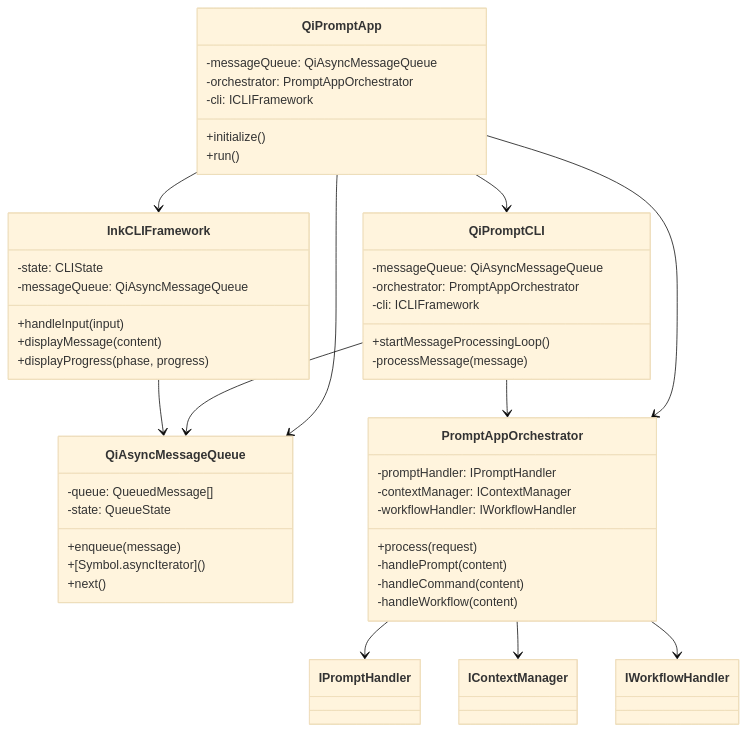
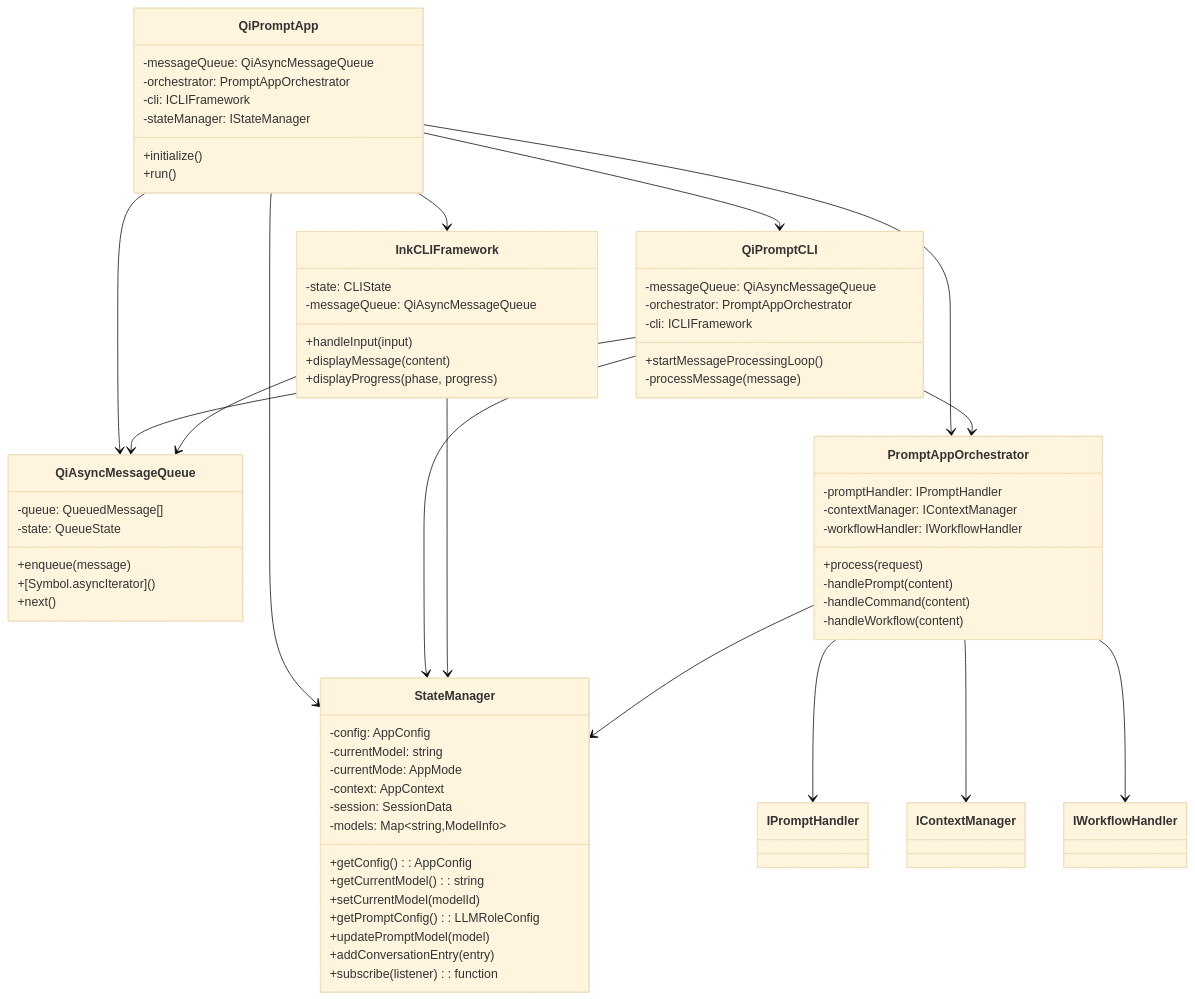
One commit to zhifengzhang-sz/qi-v2-agent changed the fourth of 8 diagrams in docs/qi-prompt/architecture-detailed.md. Above: the diagram before and after it, drawn with Mermaid (base theme). The commit also changed other lines of this file and 34 other files, not shown here.

First line of the commit message:
feat: Complete v-0.6.2 pure message-driven architecture

````diff
--- a/docs/qi-prompt/architecture-detailed.md
+++ b/docs/qi-prompt/architecture-detailed.md
@@ -129,55 +172,76 @@
 ```mermaid
 classDiagram
     class QiPromptApp {
         -messageQueue: QiAsyncMessageQueue
         -orchestrator: PromptAppOrchestrator
         -cli: ICLIFramework
+        -stateManager: IStateManager
         +initialize()
         +run()
     }
     
     class QiPromptCLI {
         -messageQueue: QiAsyncMessageQueue
         -orchestrator: PromptAppOrchestrator
         -cli: ICLIFramework
         +startMessageProcessingLoop()
         -processMessage(message)
+    }
+    
+    class StateManager {
+        -config: AppConfig
+        -currentModel: string
+        -currentMode: AppMode
+        -context: AppContext
+        -session: SessionData
+        -models: Map~string,ModelInfo~
+        +getConfig(): AppConfig
+        +getCurrentModel(): string
+        +setCurrentModel(modelId)
+        +getPromptConfig(): LLMRoleConfig
+        +updatePromptModel(model)
+        +addConversationEntry(entry)
+        +subscribe(listener): function
     }
     
     class QiAsyncMessageQueue {
         -queue: QueuedMessage[]
         -state: QueueState
         +enqueue(message)
         +[Symbol.asyncIterator]()
         +next()
     }
     
     class InkCLIFramework {
         -state: CLIState
         -messageQueue: QiAsyncMessageQueue
         +handleInput(input)
         +displayMessage(content)
         +displayProgress(phase, progress)
     }
     
     class PromptAppOrchestrator {
         -promptHandler: IPromptHandler
         -contextManager: IContextManager
         -workflowHandler: IWorkflowHandler
         +process(request)
         -handlePrompt(content)
         -handleCommand(content)
         -handleWorkflow(content)
     }
     
     QiPromptApp --> QiPromptCLI
     QiPromptApp --> QiAsyncMessageQueue
     QiPromptApp --> PromptAppOrchestrator
     QiPromptApp --> InkCLIFramework
+    QiPromptApp --> StateManager
     QiPromptCLI --> QiAsyncMessageQueue
     QiPromptCLI --> PromptAppOrchestrator
+    QiPromptCLI --> StateManager
     InkCLIFramework --> QiAsyncMessageQueue
+    InkCLIFramework --> StateManager
+    PromptAppOrchestrator --> StateManager
     PromptAppOrchestrator --> IPromptHandler
     PromptAppOrchestrator --> IContextManager
     PromptAppOrchestrator --> IWorkflowHandler
 ```
````
